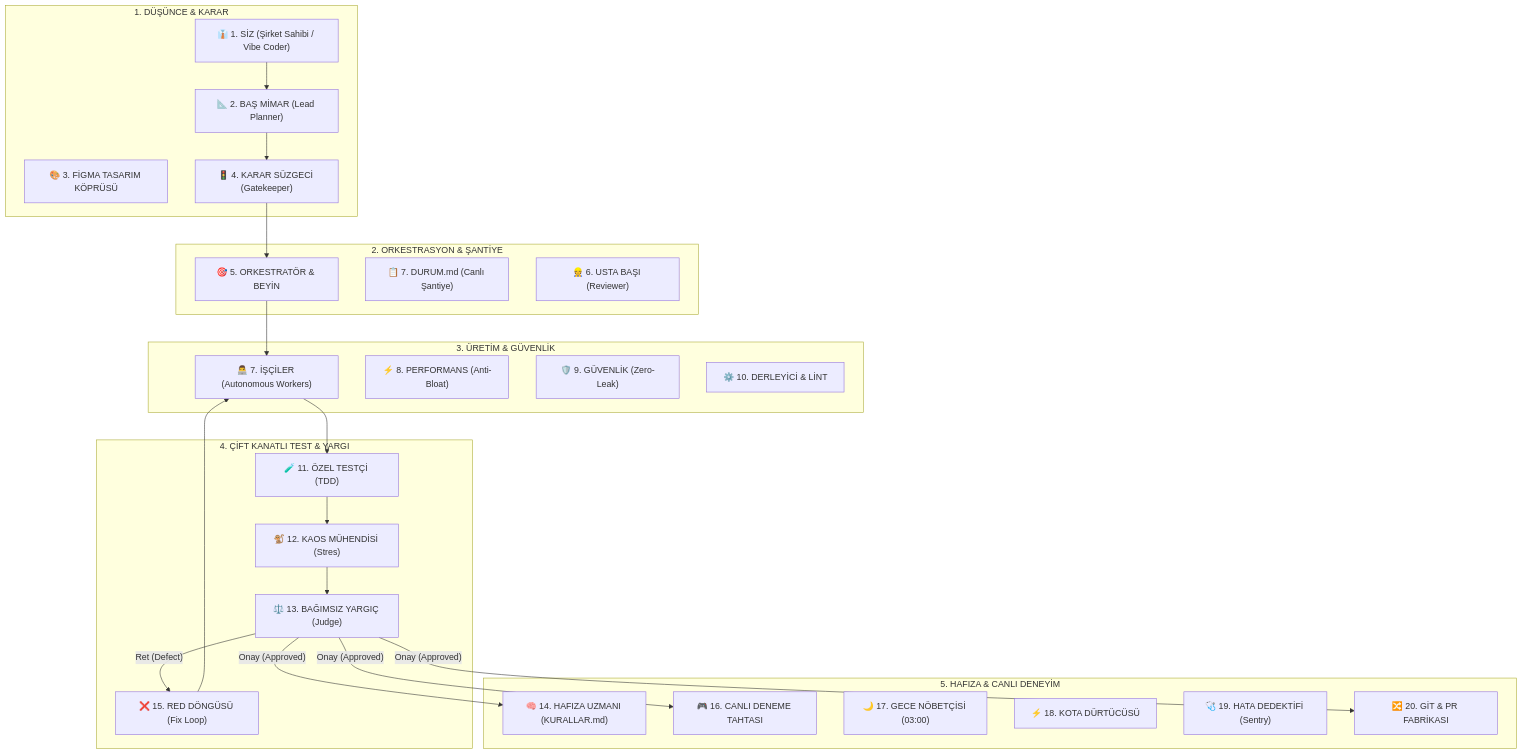
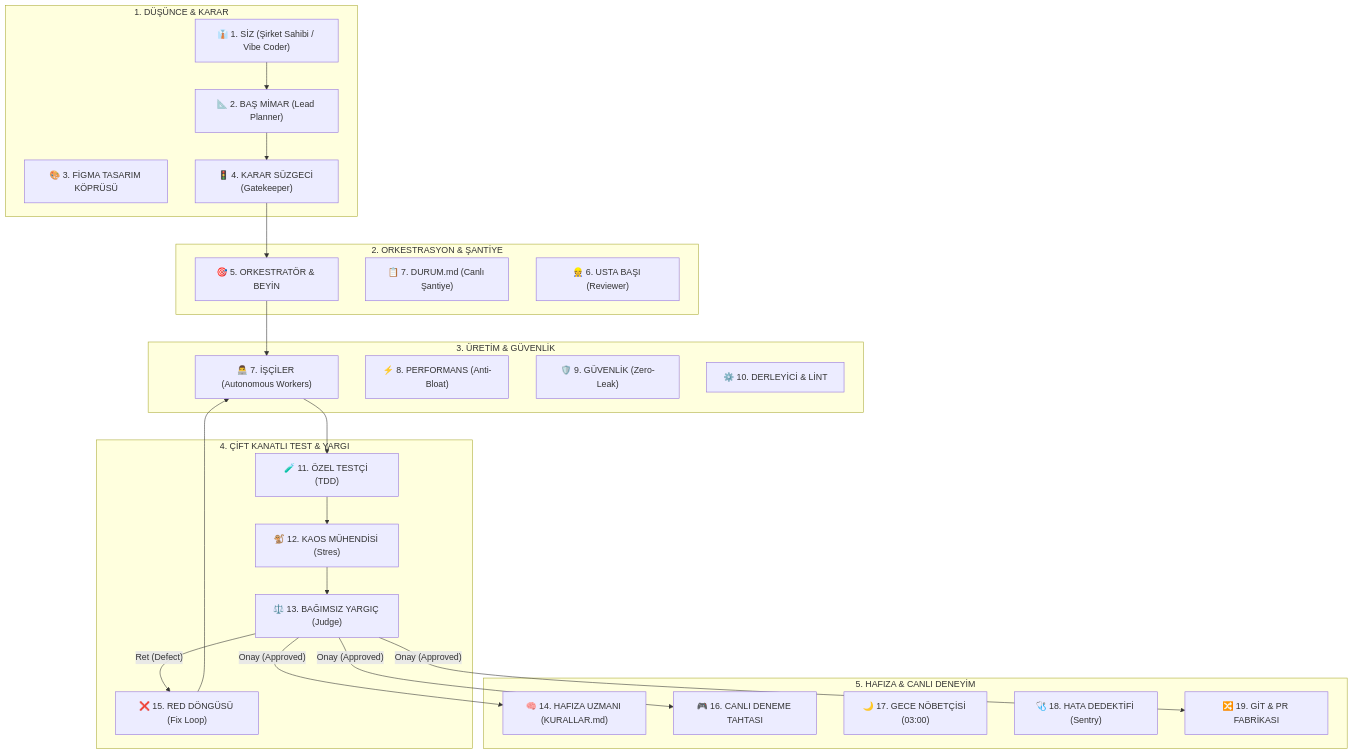
The diagram in README.md (dogukanpayal/vigiles-engine), drawn with Mermaid before and after one commit. The commit also changed other lines of this file and 66 other files, not shown here.

````diff
--- a/README.md
+++ b/README.md
@@ -28,43 +28,42 @@
 ```mermaid
 flowchart TD
     subgraph S1 ["1. DÜŞÜNCE & KARAR"]
         U["👔 1. SİZ (Şirket Sahibi / Vibe Coder)"]
         M["📐 2. BAŞ MİMAR (Lead Planner)"]
         F["🎨 3. FİGMA TASARIM KÖPRÜSÜ"]
         K["🚦 4. KARAR SÜZGECİ (Gatekeeper)"]
     end
 
     subgraph S2 ["2. ORKESTRASYON & ŞANTİYE"]
         O["🎯 5. ORKESTRATÖR & BEYİN"]
         D["📋 7. DURUM.md (Canlı Şantiye)"]
         UB["👷 6. USTA BAŞI (Reviewer)"]
     end
 
     subgraph S3 ["3. ÜRETİM & GÜVENLİK"]
         W["👨‍💻 7. İŞÇİLER (Autonomous Workers)"]
         P["⚡ 8. PERFORMANS (Anti-Bloat)"]
         S["🛡️ 9. GÜVENLİK (Zero-Leak)"]
         T["⚙️ 10. DERLEYİCİ & LİNT"]
     end
 
     subgraph S4 ["4. ÇİFT KANATLI TEST & YARGI"]
         TT["🧪 11. ÖZEL TESTÇİ (TDD)"]
         KM["🐒 12. KAOS MÜHENDİSİ (Stres)"]
         BY["⚖️ 13. BAĞIMSIZ YARGIÇ (Judge)"]
         RD["❌ 15. RED DÖNGÜSÜ (Fix Loop)"]
     end
 
     subgraph S5 ["5. HAFIZA & CANLI DENEYİM"]
         HU["🧠 14. HAFIZA UZMANI (KURALLAR.md)"]
         CP["🎮 16. CANLI DENEME TAHTASI"]
         GN["🌙 17. GECE NÖBETÇİSİ (03:00)"]
-        KD["⚡ 18. KOTA DÜRTÜCÜSÜ"]
-        CD["🩺 19. HATA DEDEKTİFİ (Sentry)"]
-        GP["🔀 20. GİT & PR FABRİKASI"]
+        CD["🩺 18. HATA DEDEKTİFİ (Sentry)"]
+        GP["🔀 19. GİT & PR FABRİKASI"]
     end
 
     U --> M --> K --> O --> W
     W --> TT --> KM --> BY
     BY -- "Ret (Defect)" --> RD --> W
     BY -- "Onay (Approved)" --> HU & CP & GP
 ```
````
